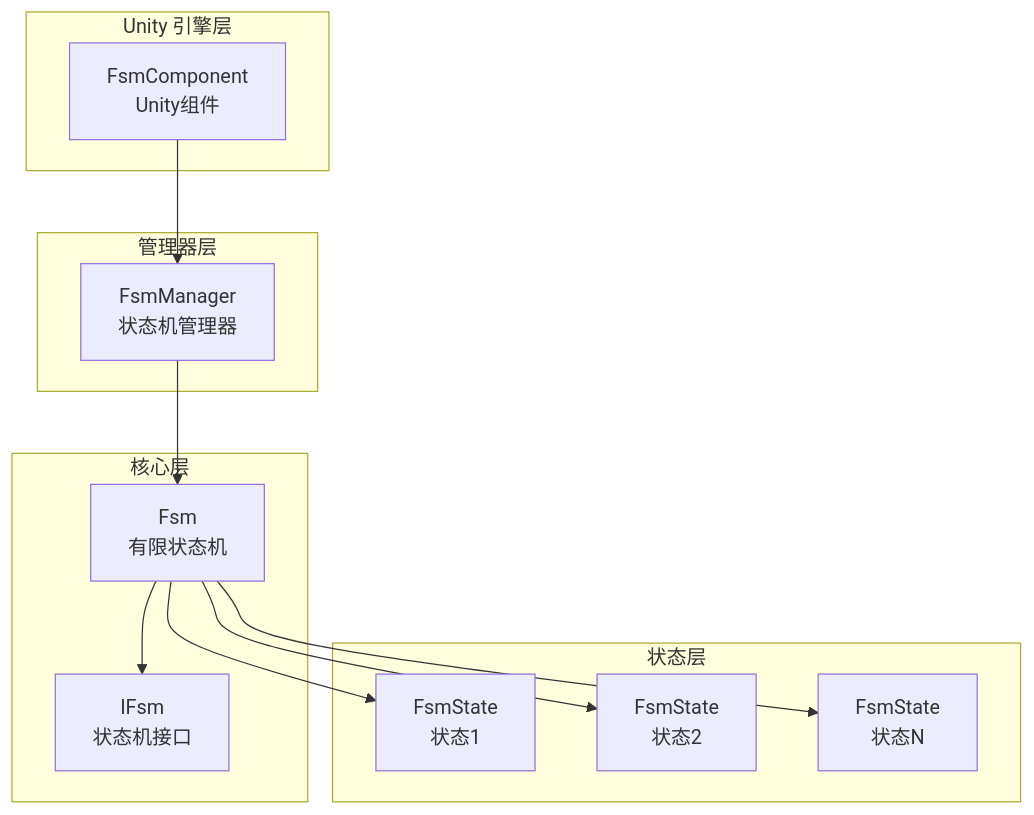
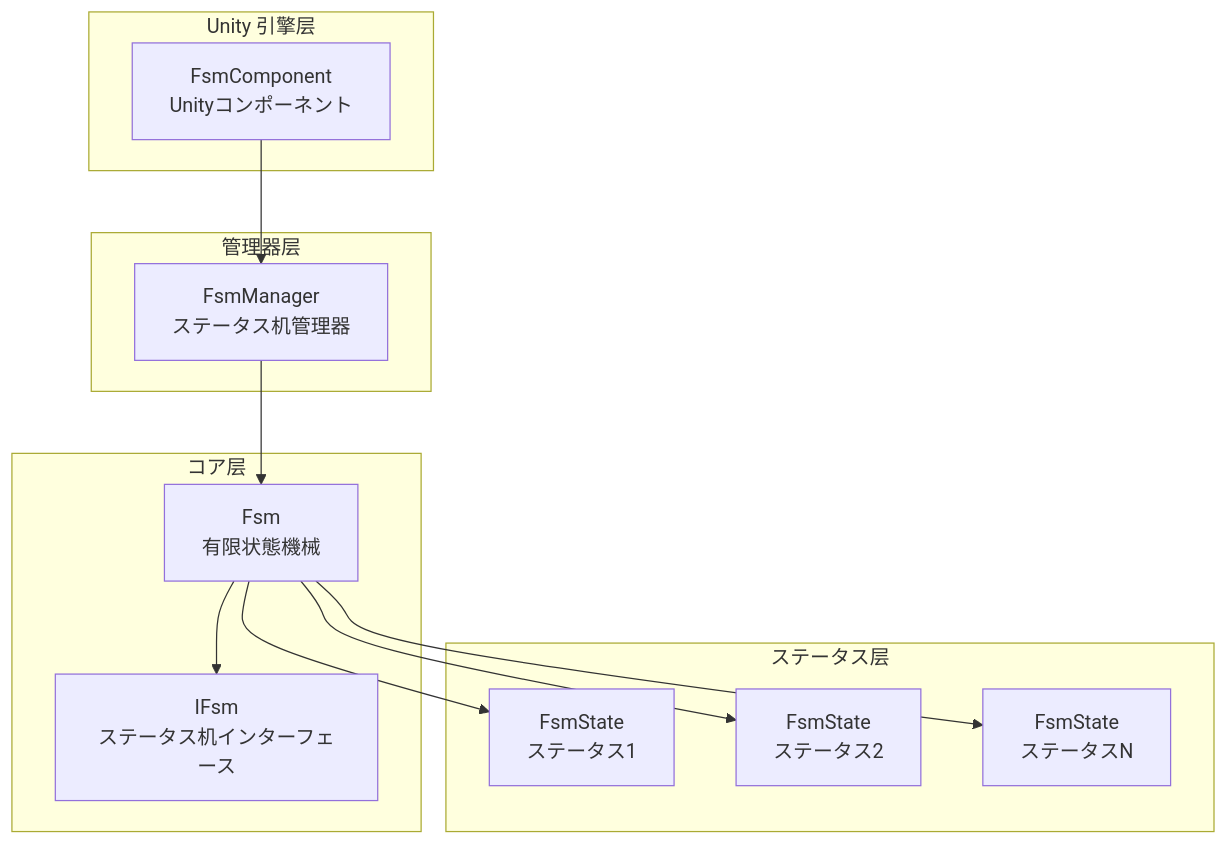
Before and after one commit to AlianBlank/GameFrameX.Docs: the first of 2 diagrams in docs/ja/client/unity/component/fsm/03.getting-started.md, drawn with Mermaid. The commit also changed other lines of this file and 603 other files, not shown here.

````diff
--- a/docs/ja/client/unity/component/fsm/03.getting-started.md
+++ b/docs/ja/client/unity/component/fsm/03.getting-started.md
@@ -27,28 +27,28 @@
 ```mermaid
 graph TB
     subgraph Unity["Unity 引擎层"]
-        GC[FsmComponent<br/>Unity组件]
+        GC[FsmComponent<br/>Unityコンポーネント]
     end
 
     subgraph Manager["管理器层"]
-        FM[FsmManager<br/>状态机管理器]
+        FM[FsmManager<br/>ステータス机管理器]
     end
 
-    subgraph Core["核心层"]
-        FSM[Fsm<br/>有限状态机]
-        IFSM[IFsm<T><br/>状态机接口]
+    subgraph Core["コア层"]
+        FSM[Fsm<br/>有限状態機械]
+        IFSM[IFsm<T><br/>ステータス机インターフェース]
     end
 
-    subgraph State["状态层"]
-        FS1[FsmState<T><br/>状态1]
-        FS2[FsmState<T><br/>状态2]
-        FS3[FsmState<T><br/>状态N]
+    subgraph State["ステータス层"]
+        FS1[FsmState<T><br/>ステータス1]
+        FS2[FsmState<T><br/>ステータス2]
+        FS3[FsmState<T><br/>ステータスN]
     end
 
     GC --> FM
     FM --> FSM
     FSM --> IFSM
     FSM --> FS1
     FSM --> FS2
     FSM --> FS3
 ```
````
